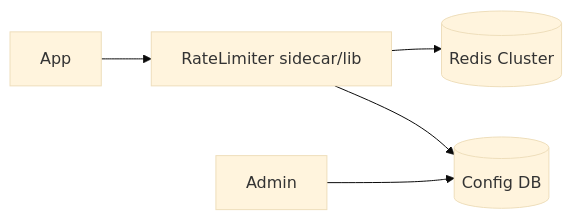
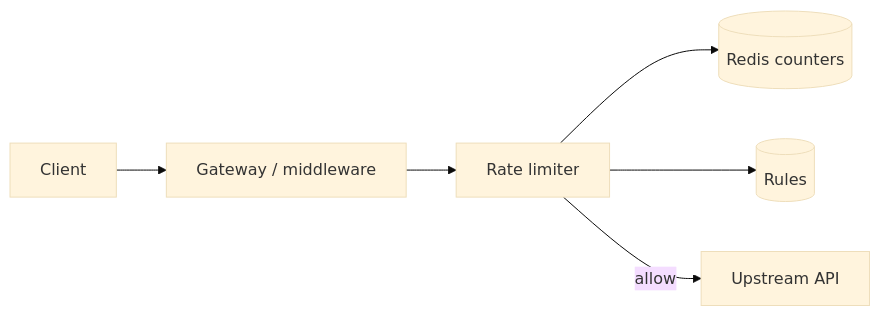
Diagram 13 of 30 in README.md (yazeedsawalha/system-design), drawn with Mermaid (base theme) before and after one commit. The commit also changed other lines of this file and 16 other files, not shown here.

First line of the commit message:
Deepen curriculum: roadmap topics, draw.io diagrams, interview scripts

````diff
--- a/README.md
+++ b/README.md
@@ -2536,7 +3511,8 @@
 ```mermaid
 flowchart LR
-  App --> RL[RateLimiter sidecar/lib]
-  RL --> Redis[(Redis Cluster)]
-  Admin --> Config[(Config DB)]
-  RL --> Config
+  Client --> GW[Gateway / middleware]
+  GW --> RL[Rate limiter]
+  RL --> Redis[(Redis counters)]
+  RL --> Cfg[(Rules)]
+  RL -->|allow| API[Upstream API]
 ```
````
